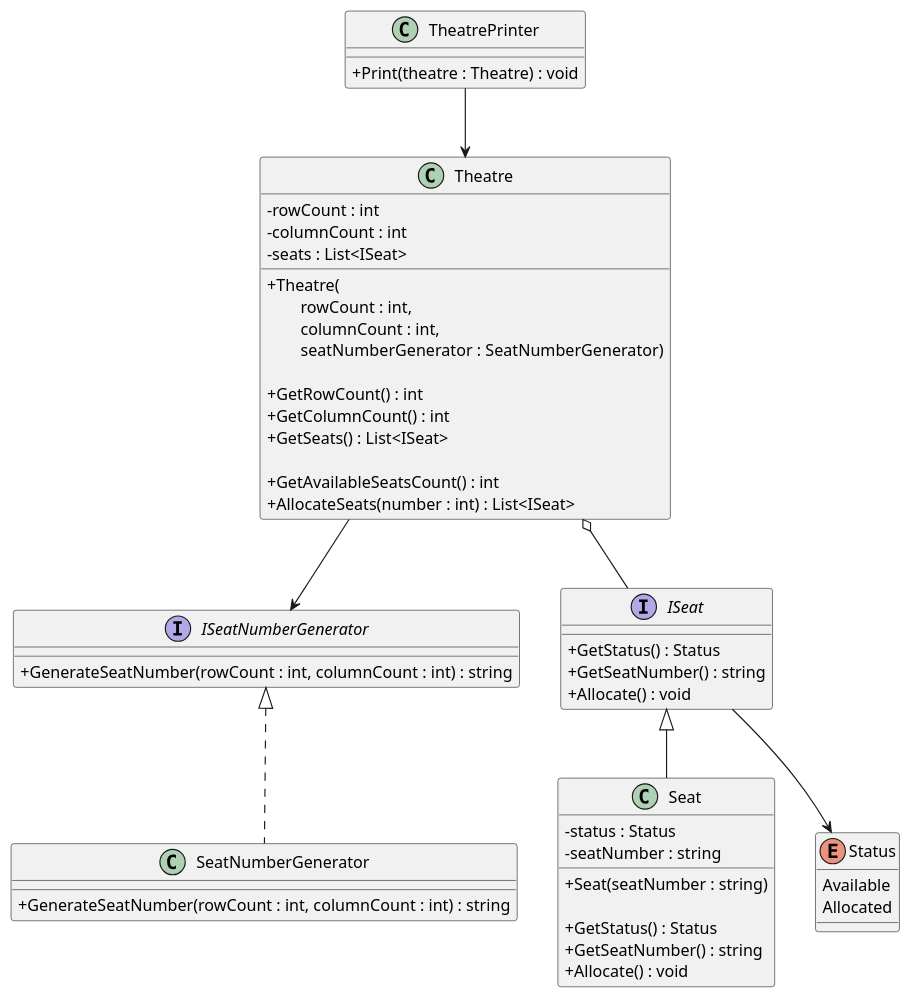
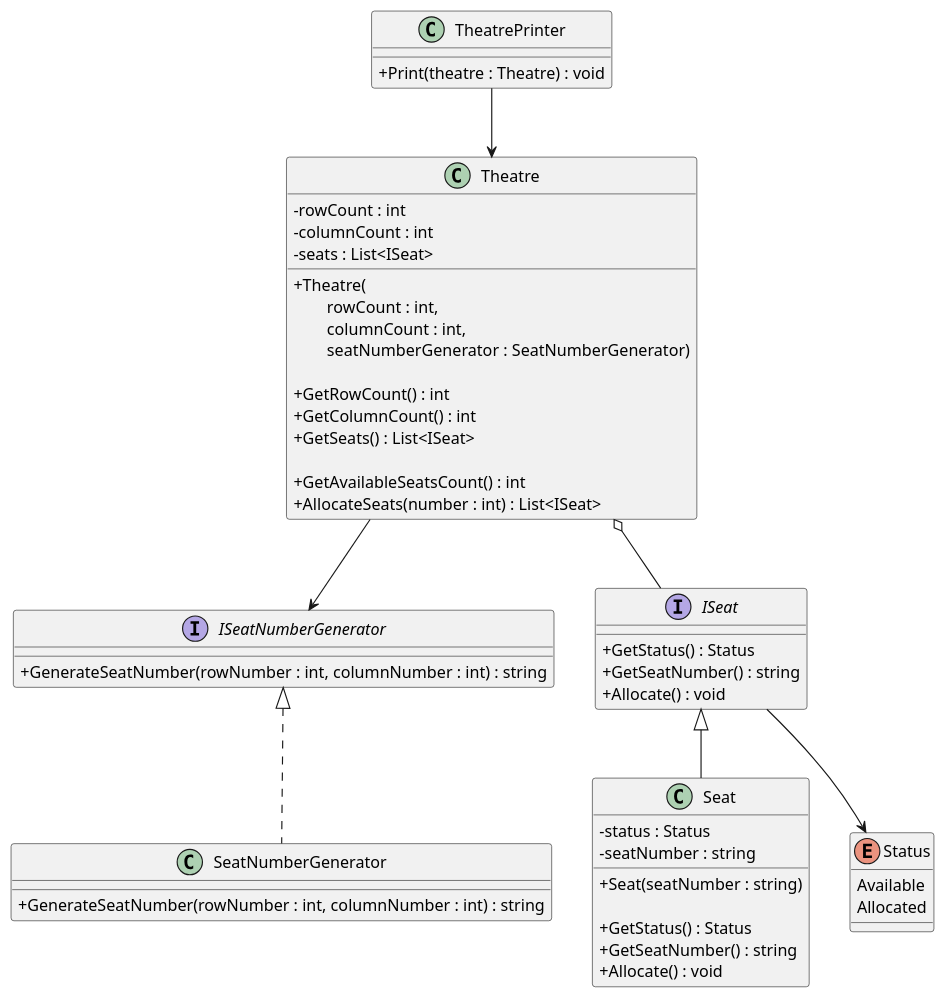
One commit to iamfranco/CinnamonCinemasChallenge changed the diagram in diagrams/cinnamonCinemas.puml. Above: the diagram before and after it, drawn with PlantUML. The commit also changed 3 other files, not shown here.

Commit message:
add SeatNumberGenerator class with test

```diff
--- a/diagrams/cinnamonCinemas.puml
+++ b/diagrams/cinnamonCinemas.puml
@@ -1,66 +1,66 @@
 @startuml "cinnamon cinemas"
 skinparam ClassAttributeIconSize 0
 
 class TheatrePrinter {
     + Print(theatre : Theatre) : void
 }
 
 interface ISeatNumberGenerator {
-    + GenerateSeatNumber(rowCount : int, columnCount : int) : string
+    + GenerateSeatNumber(rowNumber : int, columnNumber : int) : string
 }
 
 class SeatNumberGenerator {
-    + GenerateSeatNumber(rowCount : int, columnCount : int) : string
+    + GenerateSeatNumber(rowNumber : int, columnNumber : int) : string
 }
 
 class Theatre {
     - rowCount : int
     - columnCount : int
     - seats : List<ISeat>
 
     + Theatre(\n\
         rowCount : int, \n\
         columnCount : int, \n\
         seatNumberGenerator : SeatNumberGenerator)
 
     + GetRowCount() : int
     + GetColumnCount() : int
     + GetSeats() : List<ISeat>
 
     + GetAvailableSeatsCount() : int
     + AllocateSeats(number : int) : List<ISeat>
 }
 
 interface ISeat {
     + GetStatus() : Status
     + GetSeatNumber() : string
     + Allocate() : void
 }
 
 class Seat {
     - status : Status
     - seatNumber : string
 
     + Seat(seatNumber : string)
 
     + GetStatus() : Status
     + GetSeatNumber() : string
     + Allocate() : void
 }
 
 Enum Status {
     Available
     Allocated
 }
 
 TheatrePrinter --> Theatre
 Theatre o-- ISeat
 Theatre --> ISeatNumberGenerator
 
 ISeatNumberGenerator <|.. SeatNumberGenerator
 
 ISeat --> Status
 
 ISeat <|-- Seat
 
 @enduml
```
